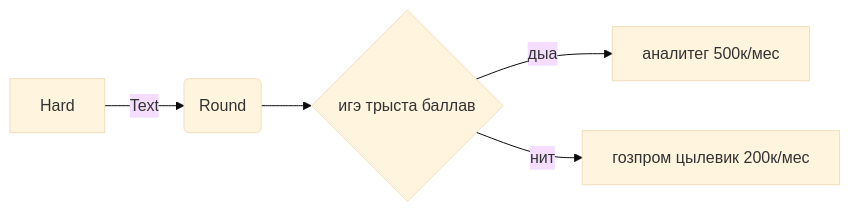
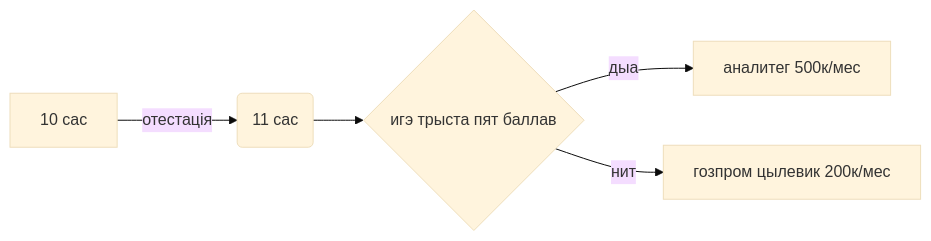
One commit to StirlitzMuller1489/afasfasfasf changed the second of 3 diagrams in README.md. Above: the diagram before and after it, drawn with Mermaid (base theme). The commit also changed other lines of this file, not shown here.

````diff
--- a/README.md
+++ b/README.md
@@ -23,8 +27,7 @@
 ```mermaid
-
 flowchart LR
-A[Hard] -->|Text| B(Round)
-B --> C{игэ трыста баллав}
+A[10 сас] -->|отестацiя| B(11 сас)
+B --> C{игэ трыста пят баллав}
 C -->|дыа| D[аналитег 500к/мес]
 C -->|нит| E[гозпром цылевик 200к/мес]
 ```
````
